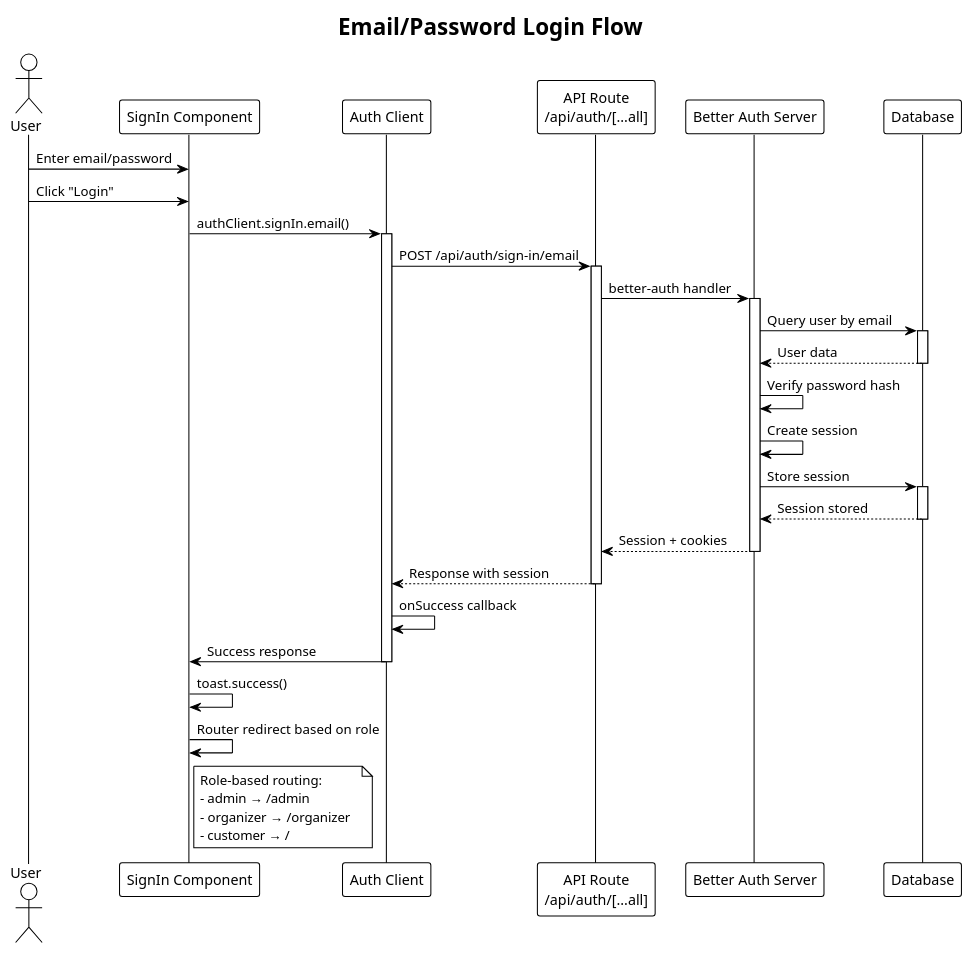
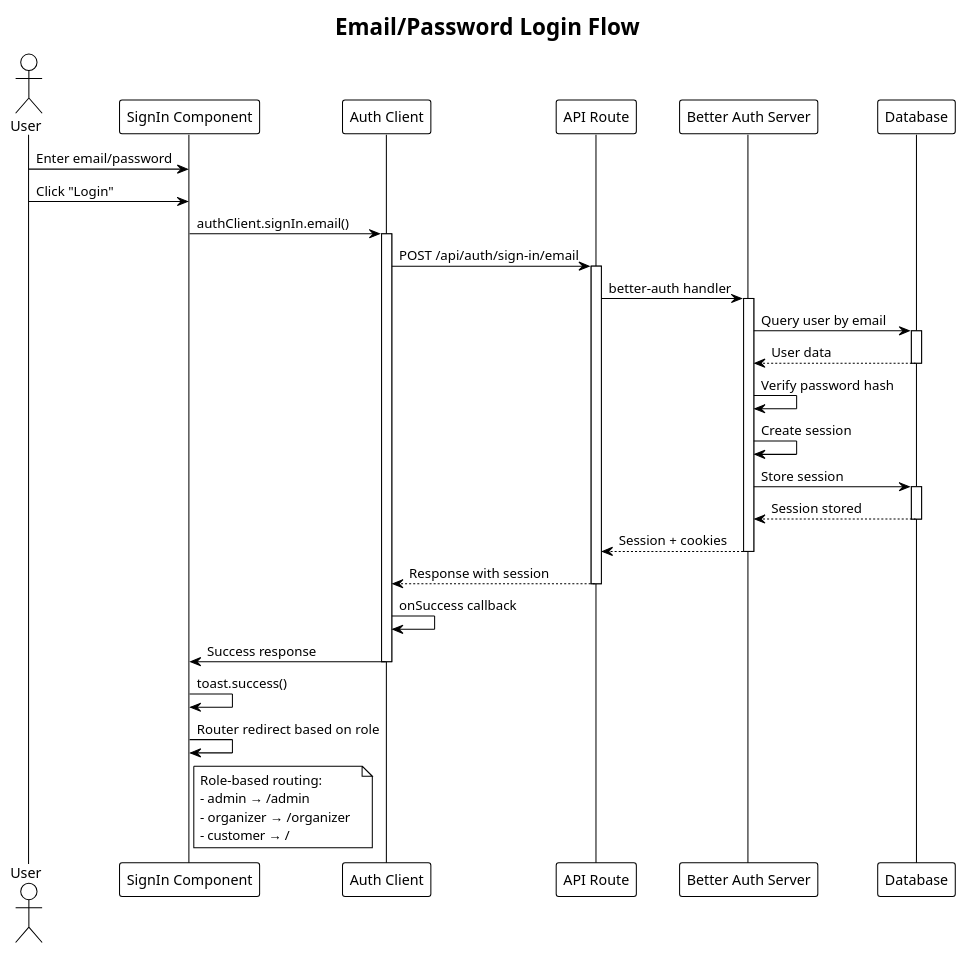
One commit to VieTicket/vieticket-monorepo changed the first of 8 diagrams in puml/auth.puml. Above: the diagram before and after it, drawn with PlantUML. The commit also changed 23 other files, not shown here.

Commit message:
update sign up with organizer flow, fix settings card add rejecting/accepting organizer

```diff
--- a/puml/auth.puml
+++ b/puml/auth.puml
@@ -1,56 +1,56 @@
 @startuml login
 !theme plain
 title Email/Password Login Flow
 
 actor User
 participant "SignIn Component" as UI
 participant "Auth Client" as Client
-participant "API Route\n/api/auth/[...all]" as API
+participant "API Route" as API
 participant "Better Auth Server" as Auth
 participant "Database" as DB
 
 User -> UI: Enter email/password
 User -> UI: Click "Login"
 
 UI -> Client: authClient.signIn.email()
 activate Client
 
 Client -> API: POST /api/auth/sign-in/email
 activate API
 
 API -> Auth: better-auth handler
 activate Auth
 
 Auth -> DB: Query user by email
 activate DB
 DB --> Auth: User data
 deactivate DB
 
 Auth -> Auth: Verify password hash
 Auth -> Auth: Create session
 Auth -> DB: Store session
 activate DB
 DB --> Auth: Session stored
 deactivate DB
 
 Auth --> API: Session + cookies
 deactivate Auth
 
 API --> Client: Response with session
 deactivate API
 
 Client -> Client: onSuccess callback
 Client -> UI: Success response
 deactivate Client
 
 UI -> UI: toast.success()
 UI -> UI: Router redirect based on role
 
 note right of UI
   Role-based routing:
   - admin → /admin
   - organizer → /organizer  
   - customer → /
 end note
 
 @enduml
```
